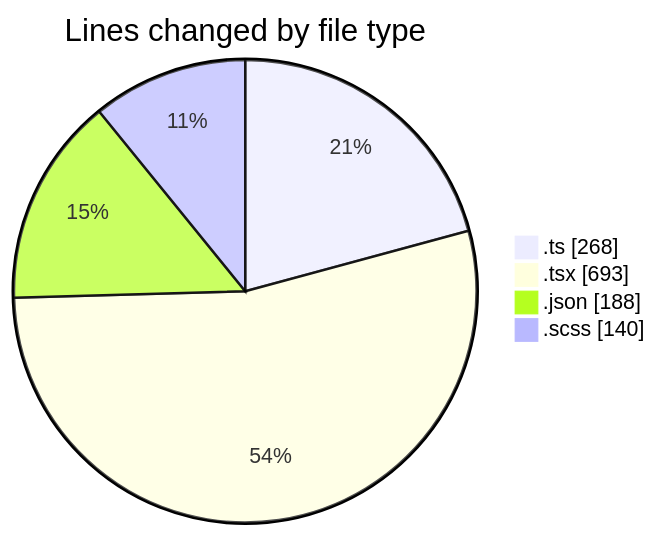
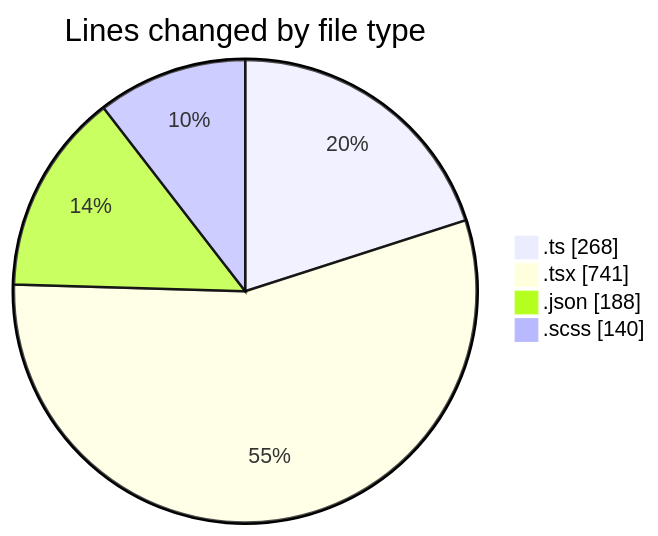
Before and after one commit to momahboobian/code-tracking: the first of 2 diagrams in 2026-05-07/cda/README.md, drawn with Mermaid. The commit also changed other lines of this file and 1 other file, not shown here.

````diff
--- a/2026-05-07/cda/README.md
+++ b/2026-05-07/cda/README.md
@@ -31,8 +32,8 @@
 ```mermaid
 pie showData
 title Lines changed by file type
 ".ts" : 268
-".tsx" : 693
+".tsx" : 741
 ".json" : 188
 ".scss" : 140
 ```
````
